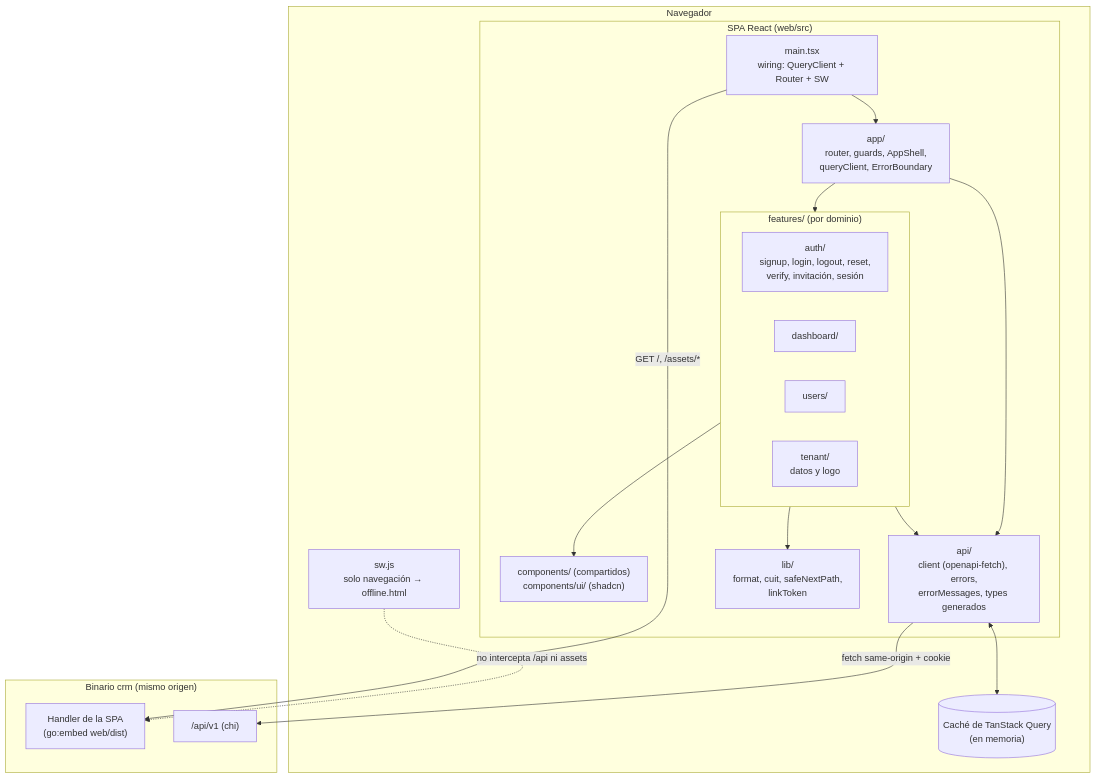
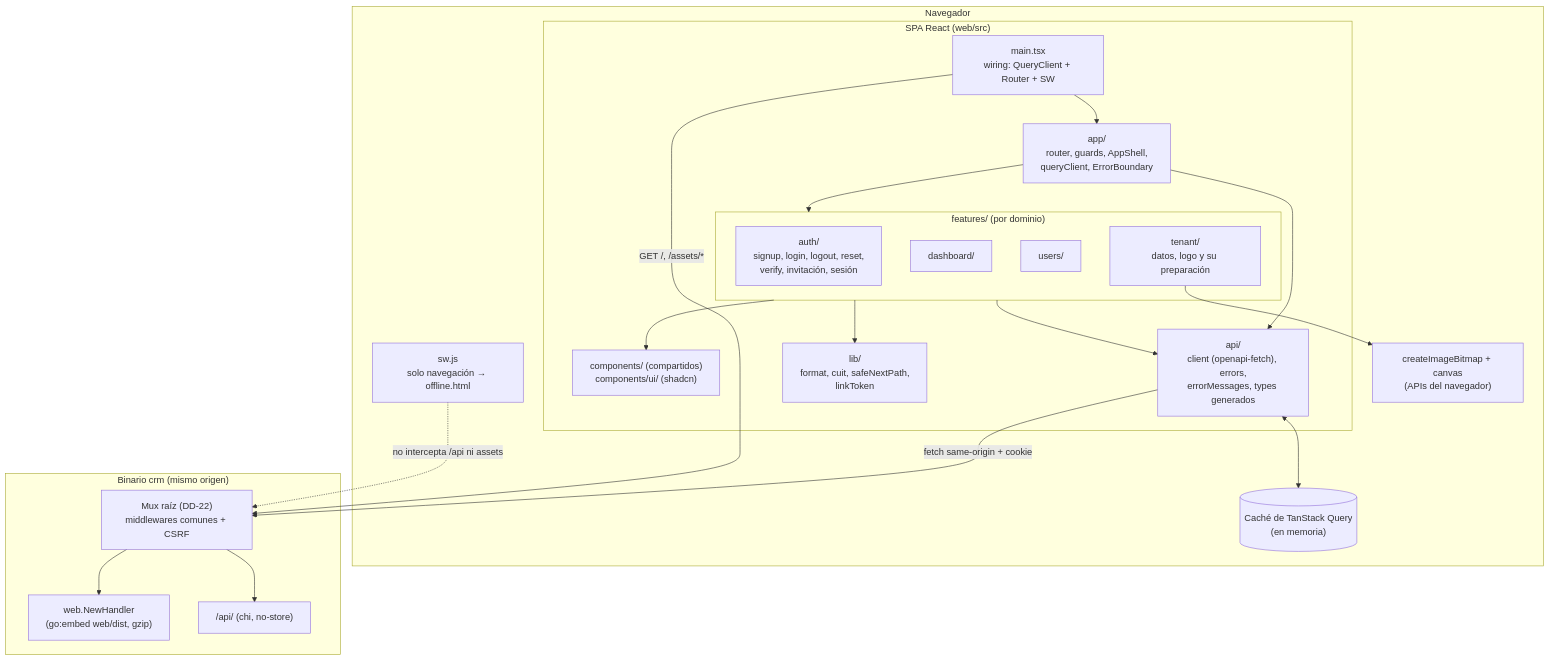
The second of 9 diagrams in specs/001-empresas-usuarios/ui.md (fdelillo/crm), drawn with Mermaid before and after one commit. The commit also changed other lines of this file and 7 other files, not shown here.

````diff
--- a/specs/001-empresas-usuarios/ui.md
+++ b/specs/001-empresas-usuarios/ui.md
@@ -295,34 +303,39 @@
 ```mermaid
 graph TB
     subgraph Navegador
         subgraph SPA["SPA React (web/src)"]
             MAIN["main.tsx<br/>wiring: QueryClient + Router + SW"]
             APP["app/<br/>router, guards, AppShell,<br/>queryClient, ErrorBoundary"]
             subgraph FEAT["features/ (por dominio)"]
                 AUTH["auth/<br/>signup, login, logout, reset,<br/>verify, invitación, sesión"]
                 DASH["dashboard/"]
                 USERS["users/"]
-                TEN["tenant/<br/>datos y logo"]
+                TEN["tenant/<br/>datos, logo y su preparación"]
             end
             SHARED["components/ (compartidos)<br/>components/ui/ (shadcn)"]
             API["api/<br/>client (openapi-fetch), errors,<br/>errorMessages, types generados"]
             LIB["lib/<br/>format, cuit, safeNextPath,<br/>linkToken"]
         end
         CACHE[("Caché de TanStack Query<br/>(en memoria)")]
         SW["sw.js<br/>solo navegación → offline.html"]
+        CANVAS["createImageBitmap + canvas<br/>(APIs del navegador)"]
     end
     subgraph Binario["Binario crm (mismo origen)"]
-        STATIC["Handler de la SPA<br/>(go:embed web/dist)"]
-        APIV1["/api/v1 (chi)"]
+        ROOT["Mux raíz (DD-22)<br/>middlewares comunes + CSRF"]
+        STATIC["web.NewHandler<br/>(go:embed web/dist, gzip)"]
+        APIV1["/api/ (chi, no-store)"]
     end
 
     MAIN --> APP --> FEAT
     FEAT --> SHARED
     FEAT --> API
     FEAT --> LIB
+    TEN --> CANVAS
     APP --> API
     API <--> CACHE
-    API -->|"fetch same-origin + cookie"| APIV1
-    SW -.->|"no intercepta /api ni assets"| STATIC
-    MAIN -->|"GET /, /assets/*"| STATIC
+    API -->|"fetch same-origin + cookie"| ROOT
+    MAIN -->|"GET /, /assets/*"| ROOT
+    ROOT --> APIV1
+    ROOT --> STATIC
+    SW -.->|"no intercepta /api ni assets"| ROOT
 ```
````
